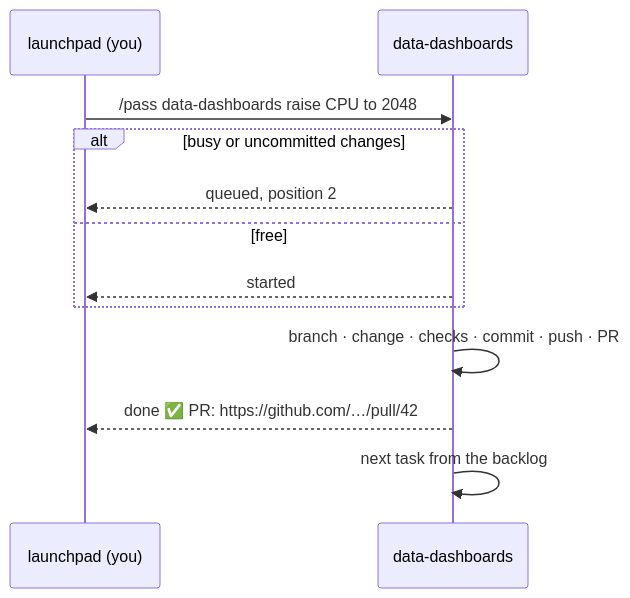
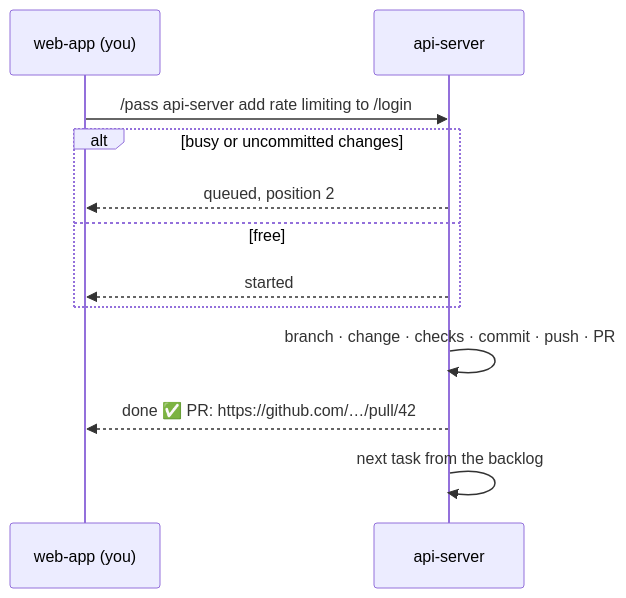
One commit to ashishsk93/baton-mods changed the diagram in README.md. Above: the diagram before and after it, drawn with Mermaid. The commit also changed other lines of this file and 3 other files, not shown here.

````diff
--- a/README.md
+++ b/README.md
@@ -33,14 +43,14 @@
 ```mermaid
 sequenceDiagram
-    participant You as launchpad (you)
-    participant R as data-dashboards
-    You->>R: /pass data-dashboards raise CPU to 2048
+    participant You as web-app (you)
+    participant R as api-server
+    You->>R: /pass api-server add rate limiting to /login
     alt busy or uncommitted changes
         R-->>You: queued, position 2
     else free
         R-->>You: started
     end
     R->>R: branch · change · checks · commit · push · PR
     R-->>You: done ✅ PR: https://github.com/…/pull/42
     R->>R: next task from the backlog
 ```
````
